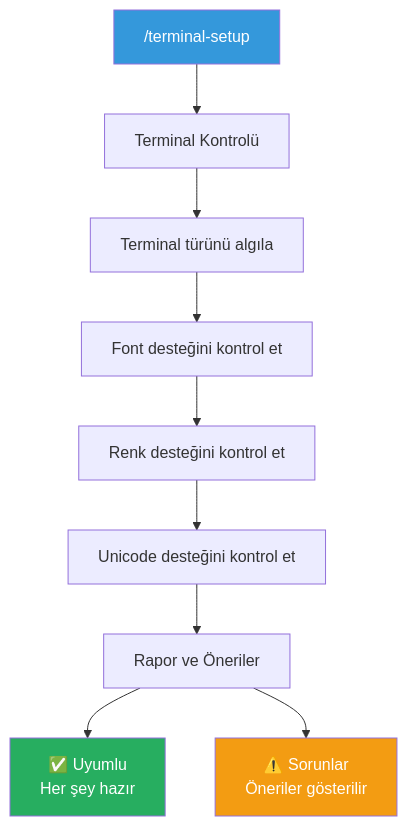
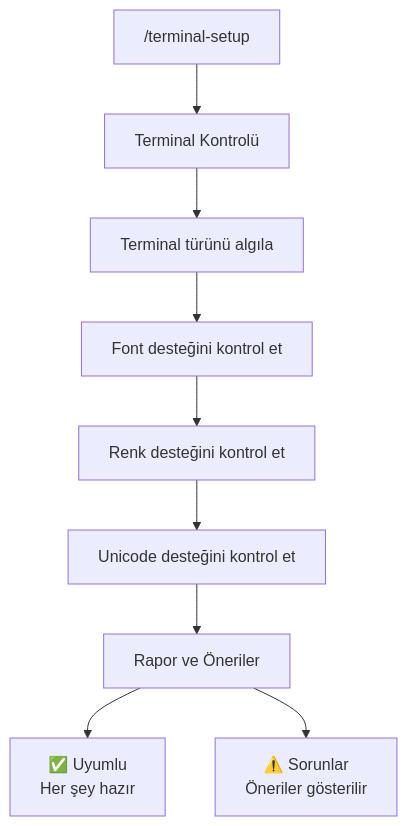
The second of 5 diagrams in 17-konfigurasyon/08-terminal-optimizasyonu.md (IzzetYasinAtes/ClaudeCodeHandbook), drawn with Mermaid before and after one commit. The commit also changed other lines of this file and 97 other files, not shown here.

Commit message:
Remove all custom Mermaid style/fill colors from 98 markdown files for consistent dark theme rendering

````diff
--- a/17-konfigurasyon/08-terminal-optimizasyonu.md
+++ b/17-konfigurasyon/08-terminal-optimizasyonu.md
@@ -68,16 +65,13 @@
 ```mermaid
 flowchart TD
     CMD["/terminal-setup"] --> CHECK["Terminal Kontrolü"]
     CHECK --> DETECT["Terminal türünü algıla"]
     DETECT --> FONT["Font desteğini kontrol et"]
     FONT --> COLOR["Renk desteğini kontrol et"]
     COLOR --> UNICODE["Unicode desteğini kontrol et"]
     UNICODE --> REPORT["Rapor ve Öneriler"]
 
     REPORT --> OK["✅ Uyumlu<br/>Her şey hazır"]
     REPORT --> WARN["⚠️ Sorunlar<br/>Öneriler gösterilir"]
 
-    style CMD fill:#3498DB,color:#fff
-    style OK fill:#27AE60,color:#fff
-    style WARN fill:#F39C12,color:#fff
 ```
````
